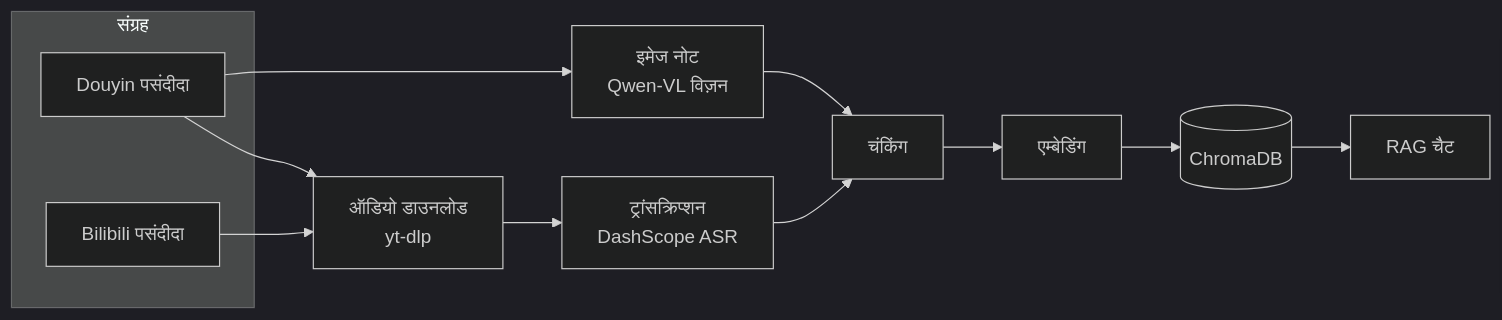
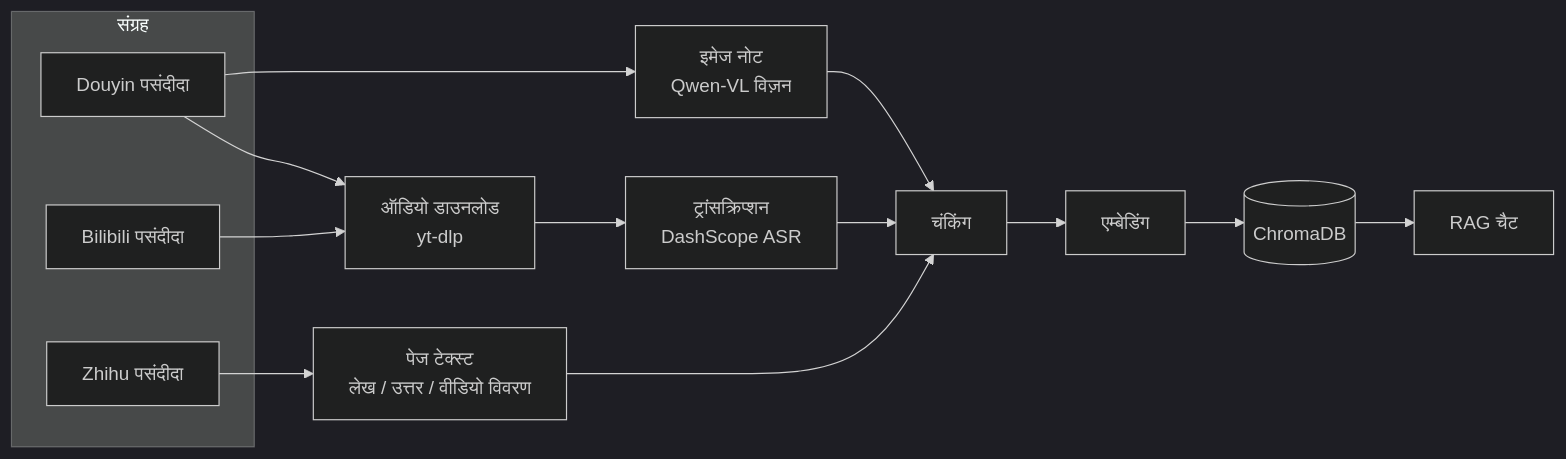
Before and after one commit to EypeZeo/Akasha-RAG: the diagram in docs/README.hi.md, drawn with Mermaid (dark theme). The commit also changed other lines of this file and 8 other files, not shown here.

````diff
--- a/docs/README.hi.md
+++ b/docs/README.hi.md
@@ -21,16 +29,19 @@
 ```mermaid
 flowchart LR
     subgraph col["संग्रह"]
         DY[Douyin पसंदीदा]
         BILI[Bilibili पसंदीदा]
+        ZH[Zhihu पसंदीदा]
     end
     DY --> DL[ऑडियो डाउनलोड<br/>yt-dlp]
     BILI --> DL
     DY --> IMG[इमेज नोट<br/>Qwen-VL विज़न]
+    ZH --> TEXT[पेज टेक्स्ट<br/>लेख / उत्तर / वीडियो विवरण]
     DL --> ASR[ट्रांसक्रिप्शन<br/>DashScope ASR]
     ASR --> CHUNK[चंकिंग]
     IMG --> CHUNK
+    TEXT --> CHUNK
     CHUNK --> EMBED[एम्बेडिंग]
     EMBED --> VDB[(ChromaDB)]
     VDB --> CHAT[RAG चैट]
 ```
````
